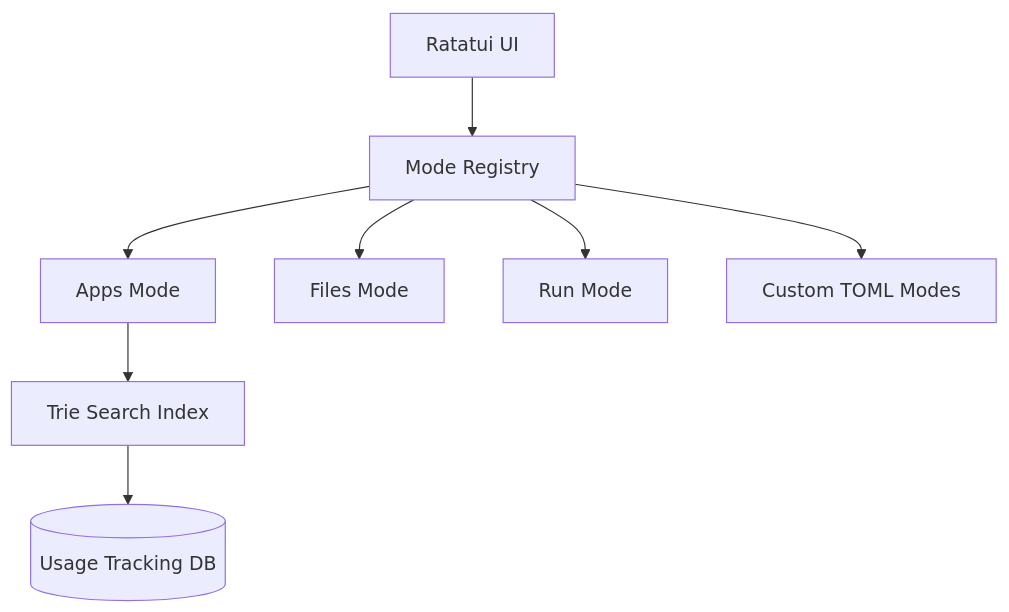
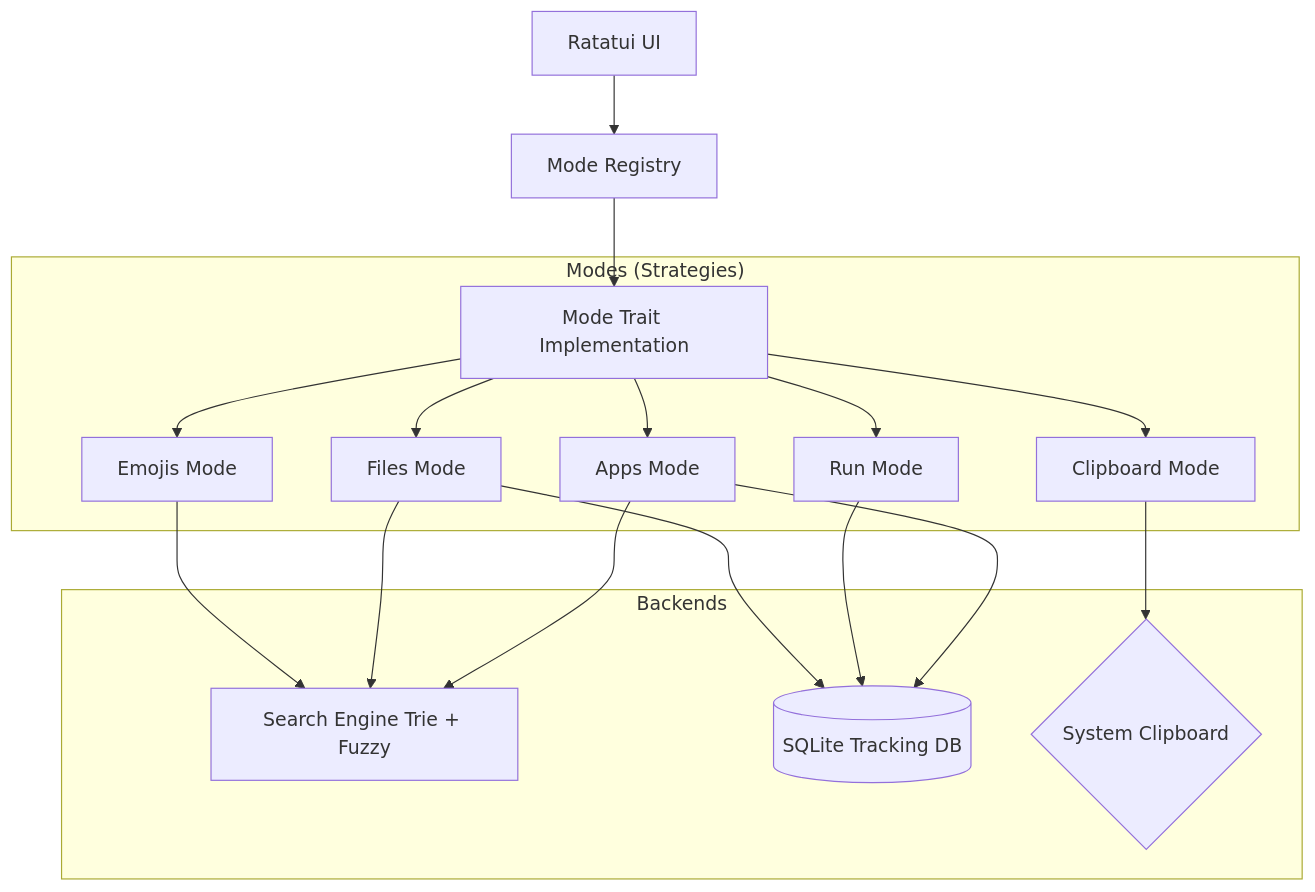
The diagram in README.md (Krishneshvar/latui), drawn with Mermaid before and after one commit. The commit also changed other lines of this file and 8 other files, not shown here.

````diff
--- a/README.md
+++ b/README.md
@@ -33,11 +59,19 @@
 ```mermaid
 graph TD
     UI[Ratatui UI] --> Registry[Mode Registry]
-    Registry --> Apps[Apps Mode]
-    Registry --> Files[Files Mode]
-    Registry --> Run[Run Mode]
-    Registry --> Custom[Custom TOML Modes]
+    Registry --> ModeTrait[Mode Trait Implementation]
     
-    Apps --> Index[Trie Search Index]
-    Index --> DB[(Usage Tracking DB)]
+    subgraph "Modes (Strategies)"
+      ModeTrait --> Apps[Apps Mode]
+      ModeTrait --> Files[Files Mode]
+      ModeTrait --> Run[Run Mode]
+      ModeTrait --> Clipboard[Clipboard Mode]
+      ModeTrait --> Emojis[Emojis Mode]
+    end
+
+    subgraph "Backends"
+      Apps & Files & Emojis --> Engine[Search Engine Trie + Fuzzy]
+      Apps & Run & Files --> SQL[(SQLite Tracking DB)]
+      Clipboard --> SysClip{System Clipboard}
+    end
 ```
````
